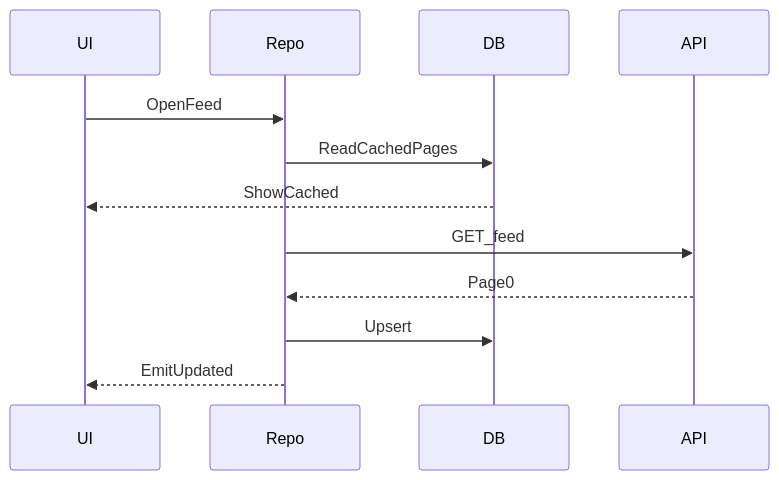
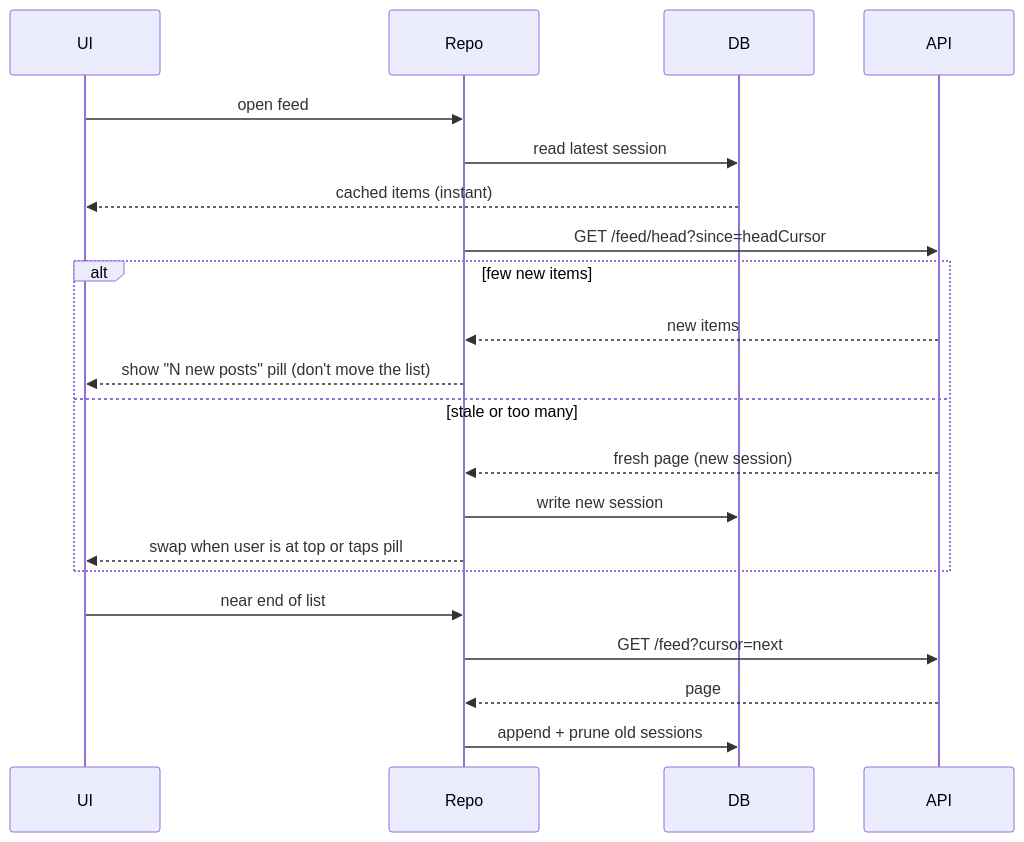
The second of 3 diagrams in book/part-3-consumer-apps/18-social-feed.md (yadavsandeep24/san_system_design), drawn with Mermaid before and after one commit. The commit also changed other lines of this file, not shown here.

Commit message:
Rewrite Ch 18 social feed in depth

````diff
--- a/book/part-3-consumer-apps/18-social-feed.md
+++ b/book/part-3-consumer-apps/18-social-feed.md
@@ -73,14 +139,23 @@
 ```mermaid
 sequenceDiagram
   participant UI
   participant Repo
   participant DB
   participant API
-  UI->>Repo: OpenFeed
-  Repo->>DB: ReadCachedPages
-  DB-->>UI: ShowCached
-  Repo->>API: GET_feed
-  API-->>Repo: Page0
-  Repo->>DB: Upsert
-  Repo-->>UI: EmitUpdated
+  UI->>Repo: open feed
+  Repo->>DB: read latest session
+  DB-->>UI: cached items (instant)
+  Repo->>API: GET /feed/head?since=headCursor
+  alt few new items
+    API-->>Repo: new items
+    Repo-->>UI: show "N new posts" pill (don't move the list)
+  else stale or too many
+    API-->>Repo: fresh page (new session)
+    Repo->>DB: write new session
+    Repo-->>UI: swap when user is at top or taps pill
+  end
+  UI->>Repo: near end of list
+  Repo->>API: GET /feed?cursor=next
+  API-->>Repo: page
+  Repo->>DB: append + prune old sessions
 ```
````
